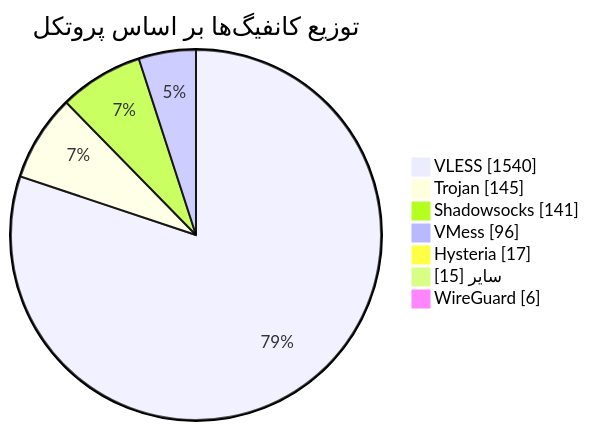
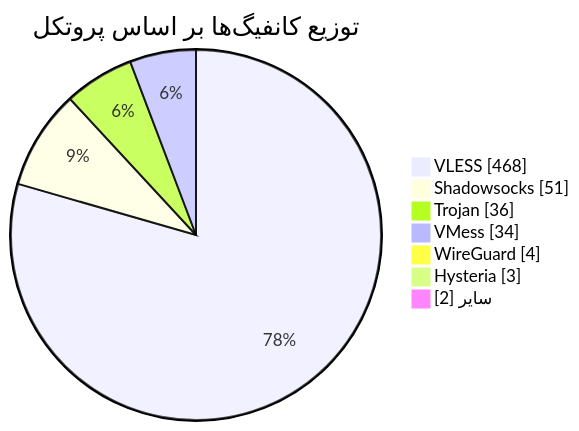
One commit to Arian-Alijani/Somthing changed the diagram in README.md. Above: the diagram before and after it, drawn with Mermaid. The commit also changed other lines of this file and 21 other files, not shown here.

````diff
--- a/README.md
+++ b/README.md
@@ -49,11 +49,11 @@
 ```mermaid
 pie showData
     title توزیع کانفیگ‌ها بر اساس پروتکل
-    "VLESS" : 1540
-    "Trojan" : 145
-    "Shadowsocks" : 141
-    "VMess" : 96
-    "Hysteria" : 17
-    "سایر" : 15
-    "WireGuard" : 6
+    "VLESS" : 468
+    "Shadowsocks" : 51
+    "Trojan" : 36
+    "VMess" : 34
+    "WireGuard" : 4
+    "Hysteria" : 3
+    "سایر" : 2
 ```
````
